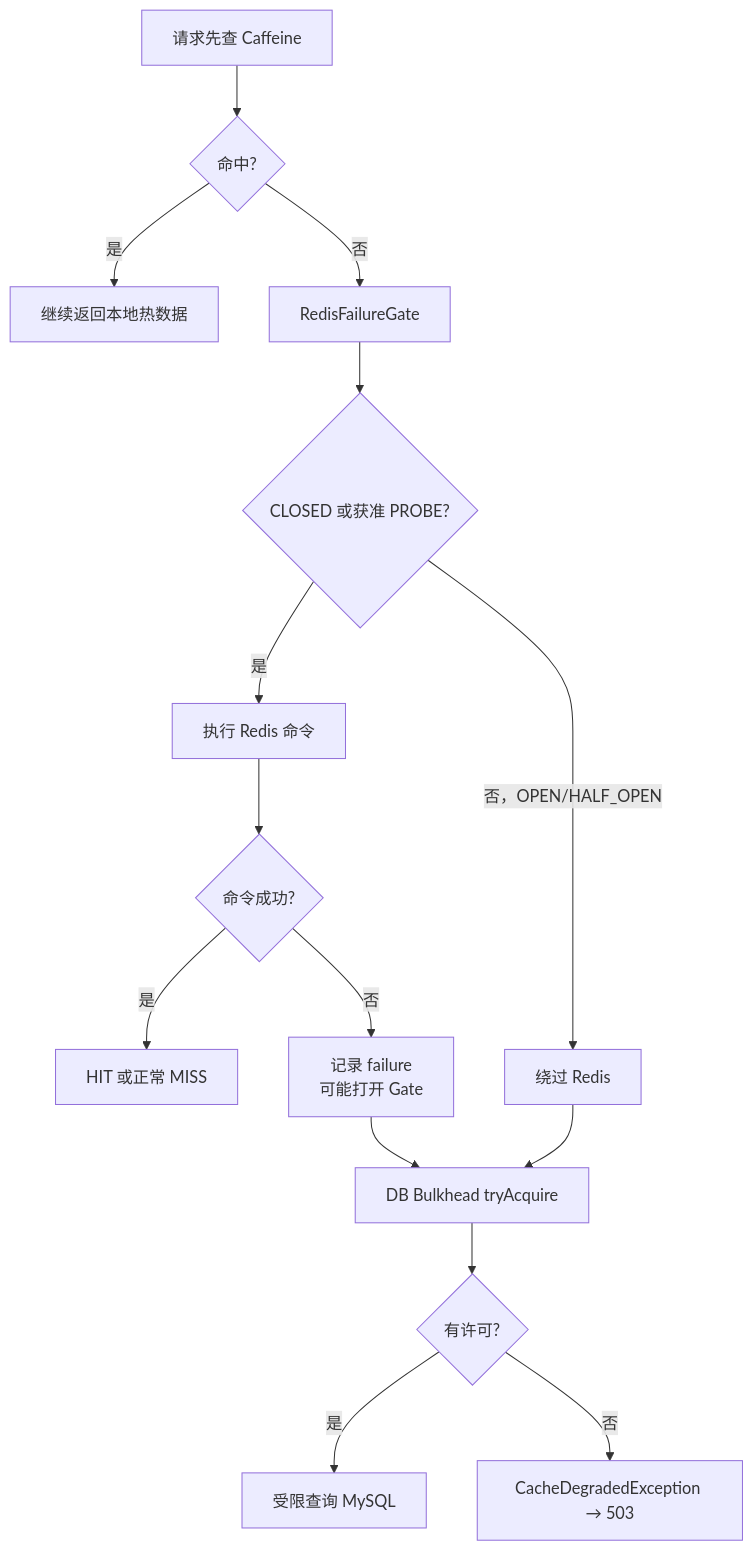
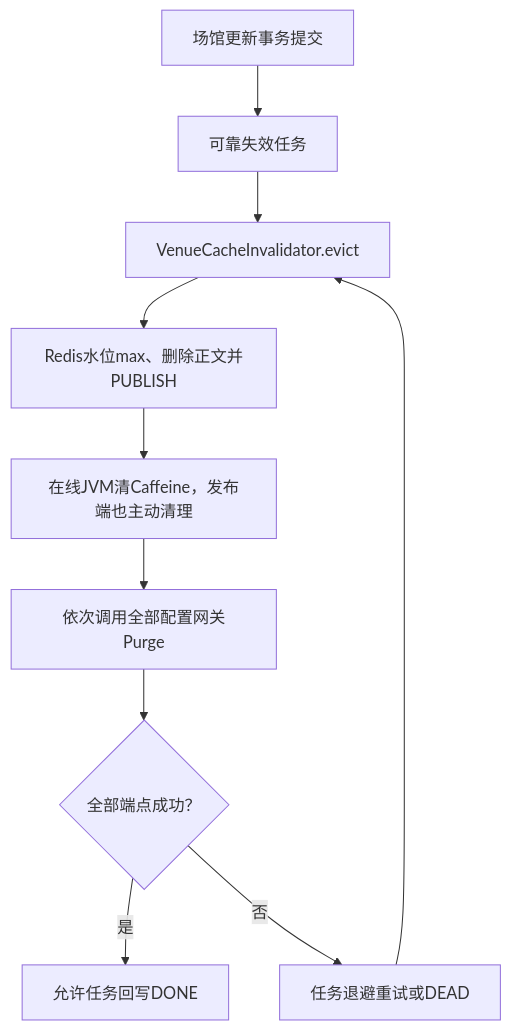
The fourth of 5 diagrams in 02-多级缓存一致性.md (SyH-101/citypass-platform), drawn with Mermaid before and after one commit. The commit also changed other lines of this file, not shown here.

Commit message:
docs: explain cache resume clauses with source walkthroughs and 15 interview questions

````diff
--- a/02-多级缓存一致性.md
+++ b/02-多级缓存一致性.md
@@ -1100,17 +643,12 @@
 ```mermaid
 flowchart TD
-    A["请求先查 Caffeine"] --> B{"命中?"}
-    B -- "是" --> C["继续返回本地热数据"]
-    B -- "否" --> D["RedisFailureGate"]
-    D --> E{"CLOSED 或获准 PROBE?"}
-    E -- "是" --> F["执行 Redis 命令"]
-    F --> G{"命令成功?"}
-    G -- "是" --> H["HIT 或正常 MISS"]
-    G -- "否" --> I["记录 failure<br/>可能打开 Gate"]
-    E -- "否，OPEN/HALF_OPEN" --> J["绕过 Redis"]
-    I --> K["DB Bulkhead tryAcquire"]
-    J --> K
-    K --> L{"有许可?"}
-    L -- "是" --> M["受限查询 MySQL"]
-    L -- "否" --> N["CacheDegradedException → 503"]
+    A["场馆更新事务提交"] --> B["可靠失效任务"]
+    B --> C["VenueCacheInvalidator.evict"]
+    C --> D["Redis水位max、删除正文并PUBLISH"]
+    D --> E["在线JVM清Caffeine，发布端也主动清理"]
+    E --> F["依次调用全部配置网关Purge"]
+    F --> G{"全部端点成功？"}
+    G -->|是| H["允许任务回写DONE"]
+    G -->|否| I["任务退避重试或DEAD"]
+    I --> C
 ```
````
